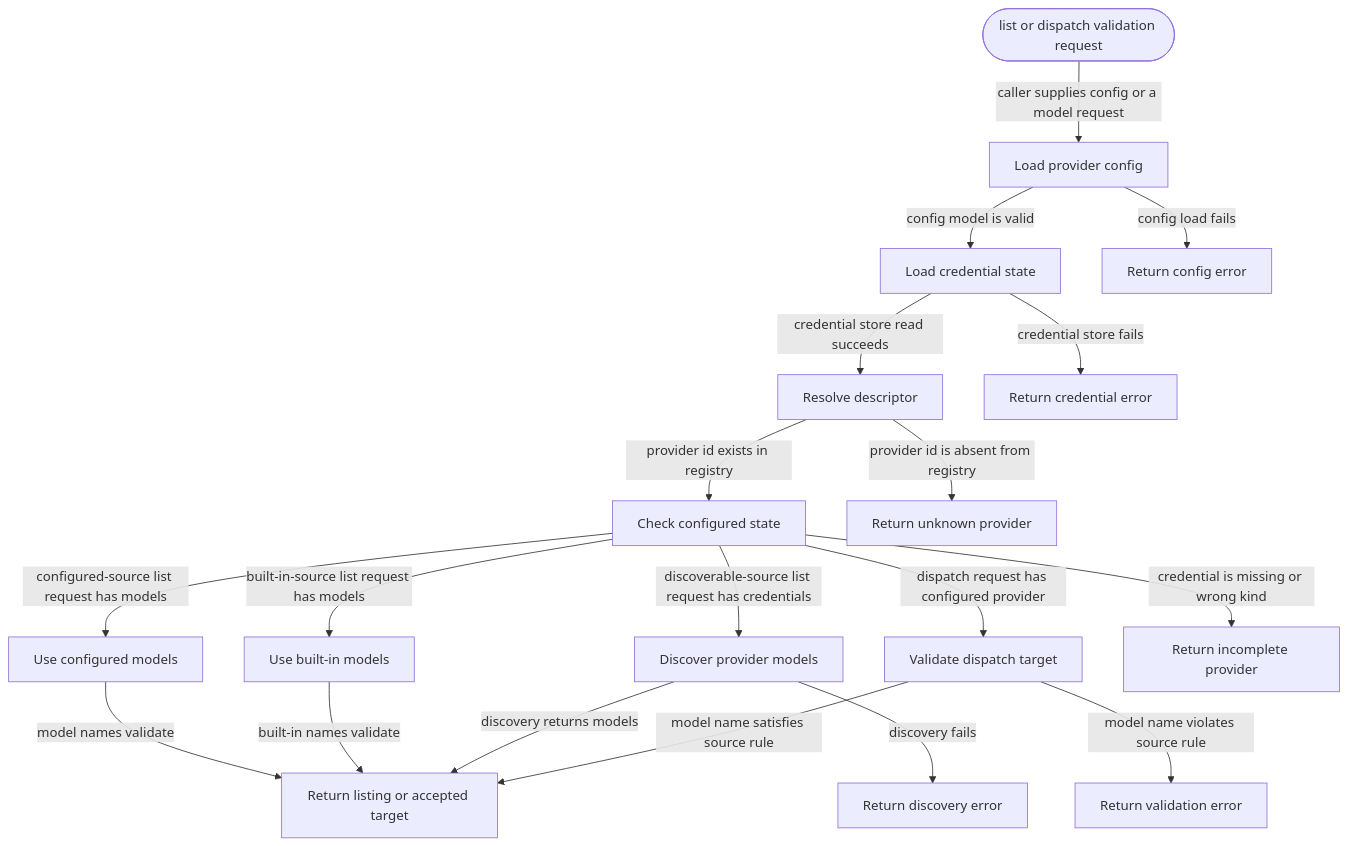
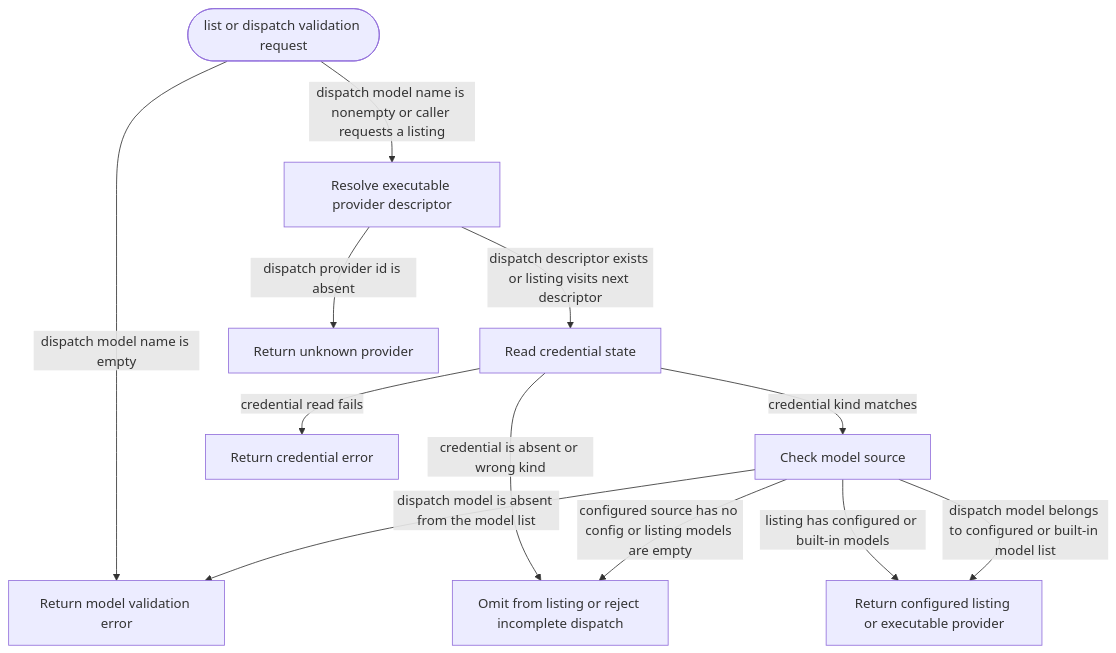
The diagram in crates/model-providers/README.md (JiaJunDeng5930/Selvedge), drawn with Mermaid before and after one commit. The commit also changed other lines of this file and 142 other files, not shown here.

````diff
--- a/crates/model-providers/README.md
+++ b/crates/model-providers/README.md
@@ -18,38 +18,24 @@
 ```mermaid
 flowchart TD
   Start([list or dispatch validation request])
-  LoadConfig[Load provider config]
-  LoadCredential[Load credential state]
-  Descriptor[Resolve descriptor]
-  Check[Check configured state]
-  Configured[Use configured models]
-  BuiltIn[Use built-in models]
-  Discover[Discover provider models]
-  Validate[Validate dispatch target]
-  Success[Return listing or accepted target]
-  ConfigError[Return config error]
-  CredentialError[Return credential error]
-  UnknownProvider[Return unknown provider]
-  Incomplete[Return incomplete provider]
-  DiscoveryError[Return discovery error]
-  ValidationError[Return validation error]
+  Descriptor[Resolve executable provider descriptor]
+  Credential[Read credential state]
+  Source[Check model source]
+  Success[Return configured listing or executable provider]
+  Unknown[Return unknown provider]
+  Missing[Omit from listing or reject incomplete dispatch]
+  Failure[Return credential error]
+  Invalid[Return model validation error]
 
-  Start -->|caller supplies config or a model request| LoadConfig
-  LoadConfig -->|config model is valid| LoadCredential
-  LoadConfig -->|config load fails| ConfigError
-  LoadCredential -->|credential store read succeeds| Descriptor
-  LoadCredential -->|credential store fails| CredentialError
-  Descriptor -->|provider id exists in registry| Check
-  Descriptor -->|provider id is absent from registry| UnknownProvider
-  Check -->|credential is missing or wrong kind| Incomplete
-  Check -->|configured-source list request has models| Configured
-  Check -->|built-in-source list request has models| BuiltIn
-  Check -->|discoverable-source list request has credentials| Discover
-  Check -->|dispatch request has configured provider| Validate
-  Configured -->|model names validate| Success
-  BuiltIn -->|built-in names validate| Success
-  Discover -->|discovery returns models| Success
-  Discover -->|discovery fails| DiscoveryError
-  Validate -->|model name satisfies source rule| Success
-  Validate -->|model name violates source rule| ValidationError
+  Start -->|dispatch model name is empty| Invalid
+  Start -->|dispatch model name is nonempty or caller requests a listing| Descriptor
+  Descriptor -->|dispatch provider id is absent| Unknown
+  Descriptor -->|dispatch descriptor exists or listing visits next descriptor| Credential
+  Credential -->|credential read fails| Failure
+  Credential -->|credential is absent or wrong kind| Missing
+  Credential -->|credential kind matches| Source
+  Source -->|configured source has no config or listing models are empty| Missing
+  Source -->|listing has configured or built-in models| Success
+  Source -->|dispatch model belongs to configured or built-in model list| Success
+  Source -->|dispatch model is absent from the model list| Invalid
 ```
````
